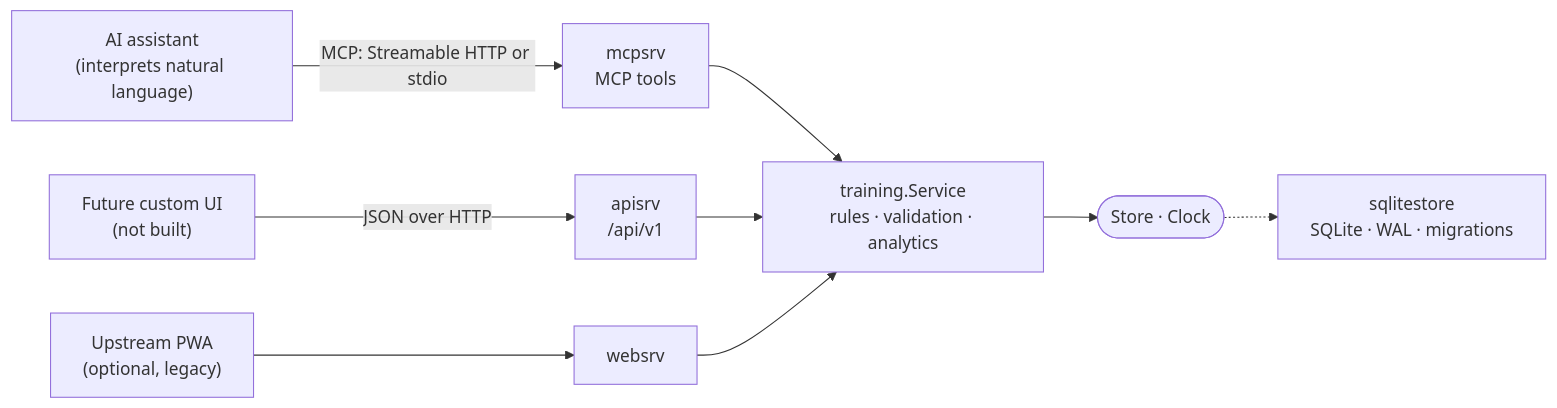
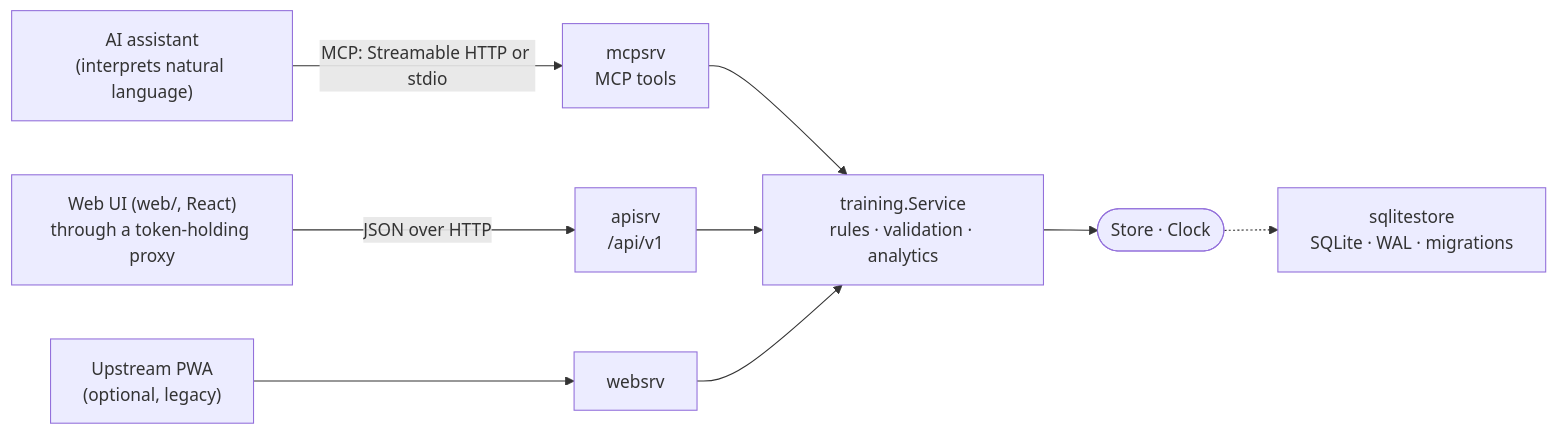
Before and after one commit to oriamos/workout-body: the diagram in docs/architecture.md, drawn with Mermaid. The commit also changed other lines of this file and 25 other files, not shown here.

First line of the commit message:
Connect the web UI to the engine API

````diff
--- a/docs/architecture.md
+++ b/docs/architecture.md
@@ -3,11 +3,11 @@
 ```mermaid
 flowchart LR
     Assistant["AI assistant<br/>(interprets natural language)"] -->|MCP: Streamable HTTP or stdio| MCP["mcpsrv<br/>MCP tools"]
-    UI["Future custom UI<br/>(not built)"] -->|JSON over HTTP| API["apisrv<br/>/api/v1"]
+    UI["Web UI (web/, React)<br/>through a token-holding proxy"] -->|JSON over HTTP| API["apisrv<br/>/api/v1"]
     PWA["Upstream PWA<br/>(optional, legacy)"] --> WEB["websrv"]
     MCP --> SVC
     API --> SVC
     WEB --> SVC
     SVC["training.Service<br/>rules · validation · analytics"] --> PORT(["Store · Clock"])
     PORT -.-> SQL["sqlitestore<br/>SQLite · WAL · migrations"]
 ```
````
